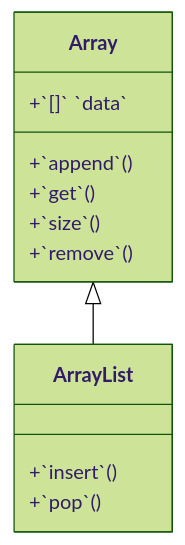
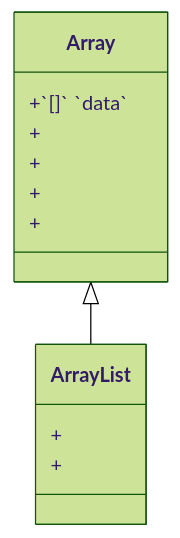
One commit to Ivango128/ArrayList changed the diagram in .swm/arraylist.qpoj4aub.sw.md. Above: the diagram before and after it, drawn with Mermaid (forest theme). The commit also changed other lines of this file, not shown here.

Commit message:
docs(swimm): update doc: "Класс ArrayList"

````diff
--- a/.swm/arraylist.qpoj4aub.sw.md
+++ b/.swm/arraylist.qpoj4aub.sw.md
@@ -63,19 +64,14 @@
 ```mermaid
 classDiagram
 `Array` <|-- `ArrayList`
-
 `Array`: +`[]` `data`
-`Array`: +`append`()
-`Array`: +`get`()
-
-`Array`: +`size`()
-
-`Array`: +`remove`()
+`Array`: +
+`Array`: +
+`Array`: +
+`Array`: +
 class `ArrayList`{
-+`insert`()
-+`pop`()
++
++
 }
 
-
-
 ```
````
